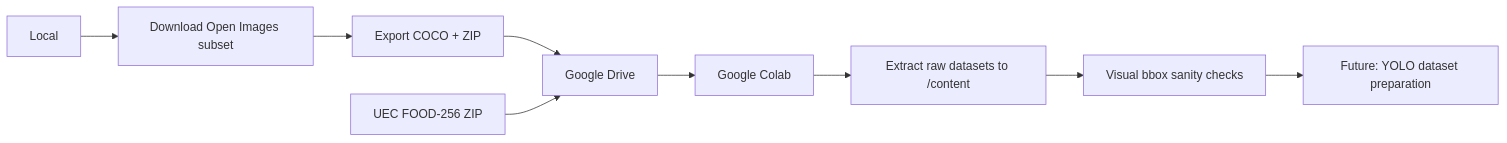
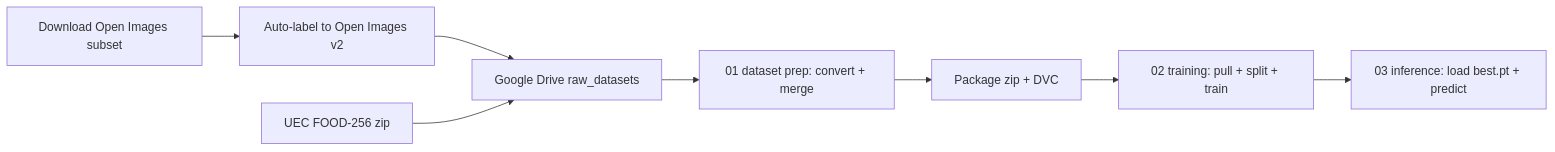
One commit to LucasGVallejos/iaa-visual-table-assistant changed the diagram in README.md. Above: the diagram before and after it, drawn with Mermaid. The commit also changed other lines of this file and 8 other files, not shown here.

````diff
--- a/README.md
+++ b/README.md
@@ -47,11 +52,10 @@
 ```mermaid
 flowchart LR
-    A[Local] --> B[Download Open Images subset]
-    B --> C[Export COCO + ZIP]
-    C --> D[Google Drive]
-    E[UEC FOOD-256 ZIP] --> D
-    D --> F[Google Colab]
-    F --> G[Extract raw datasets to /content]
-    G --> H[Visual bbox sanity checks]
-    H --> I[Future: YOLO dataset preparation]
+    A[Download Open Images subset] --> B[Auto-label to Open Images v2]
+    B --> C[Google Drive raw_datasets]
+    U[UEC FOOD-256 zip] --> C
+    C --> D[01 dataset prep: convert + merge]
+    D --> E[Package zip + DVC]
+    E --> F[02 training: pull + split + train]
+    F --> G[03 inference: load best.pt + predict]
 ```
````
